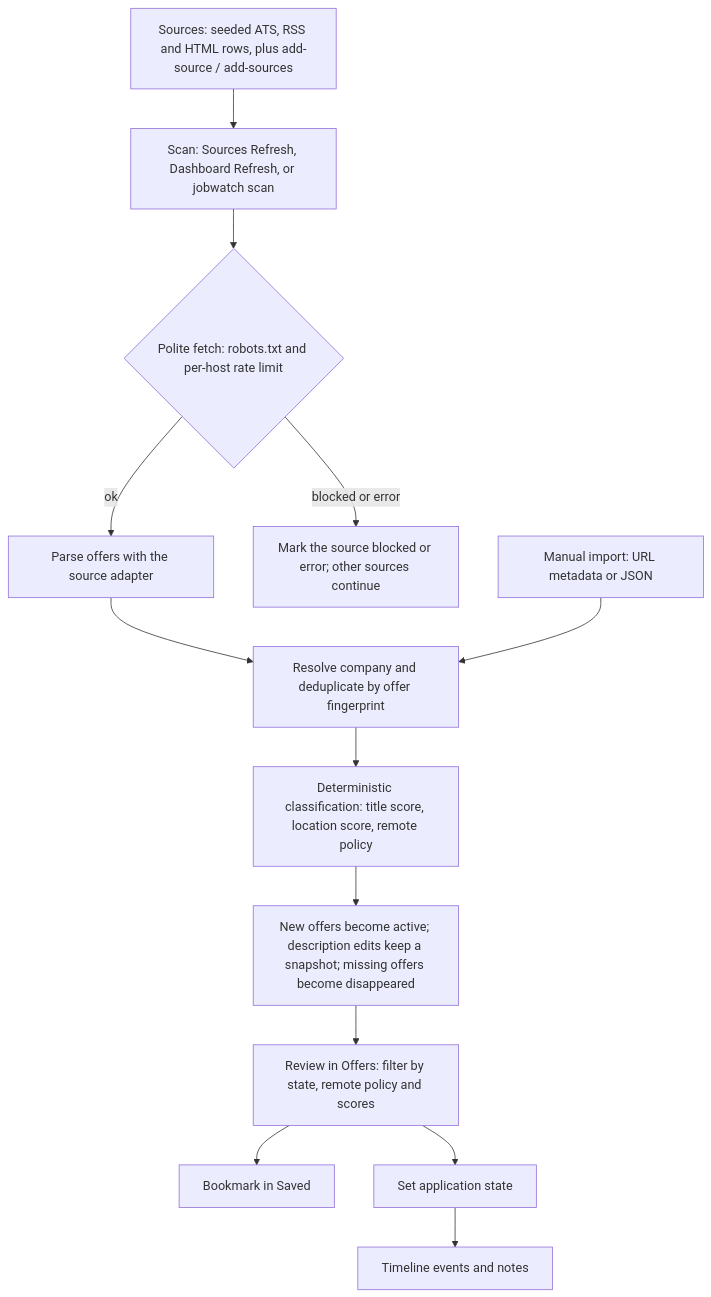
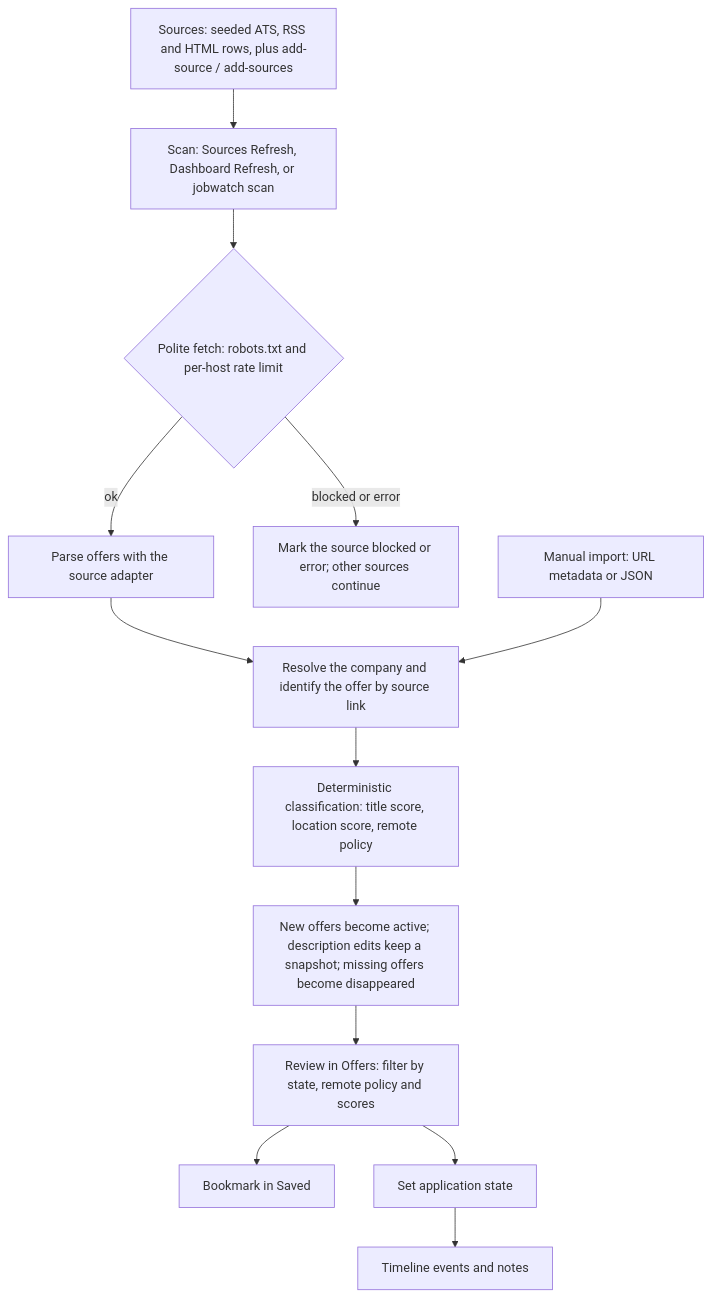
The diagram in README.md (stepbeta/jobwatch), drawn with Mermaid before and after one commit. The commit also changed other lines of this file and 24 other files, not shown here.

````diff
--- a/README.md
+++ b/README.md
@@ -95,15 +96,15 @@
 ```mermaid
 flowchart TD
     A["Sources: seeded ATS, RSS and HTML rows, plus add-source / add-sources"] --> B["Scan: Sources Refresh, Dashboard Refresh, or jobwatch scan"]
     B --> C{"Polite fetch: robots.txt and per-host rate limit"}
     C -->|ok| D["Parse offers with the source adapter"]
     C -->|blocked or error| S["Mark the source blocked or error; other sources continue"]
-    D --> E["Resolve company and deduplicate by offer fingerprint"]
+    D --> E["Resolve the company and identify the offer by source link"]
     E --> F["Deterministic classification: title score, location score, remote policy"]
     F --> G["New offers become active; description edits keep a snapshot; missing offers become disappeared"]
     G --> H["Review in Offers: filter by state, remote policy and scores"]
     H --> I["Bookmark in Saved"]
     H --> J["Set application state"]
     J --> K["Timeline events and notes"]
     M["Manual import: URL metadata or JSON"] --> E
 ```
````
